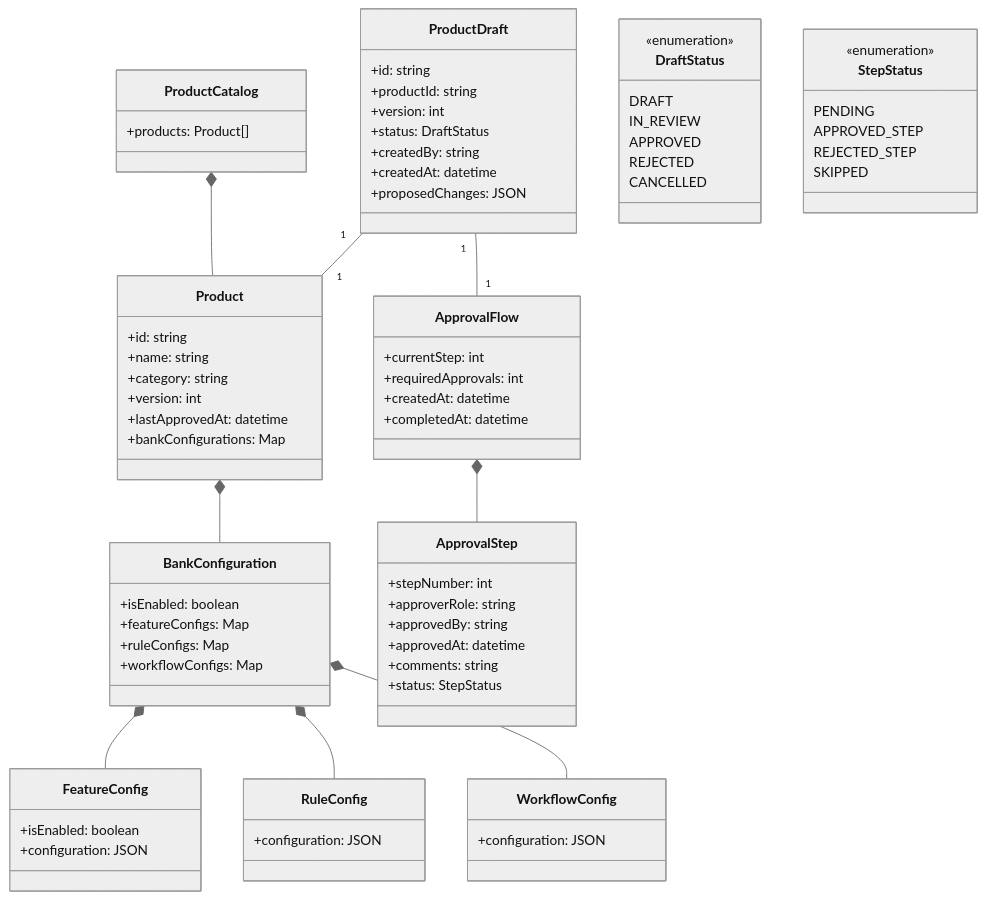
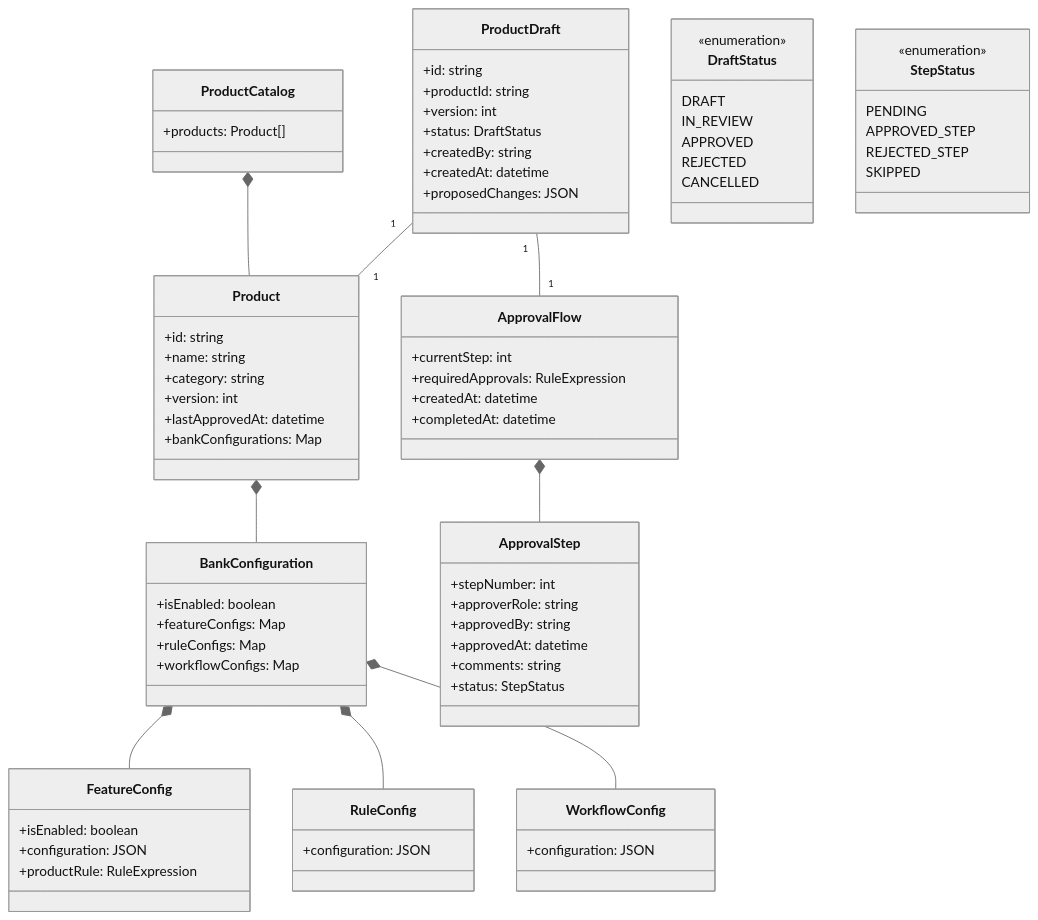
Before and after one commit to danielssonn/tres: the diagram in workflow/workflow-simpl.mermaid, drawn with Mermaid (neutral theme).

```diff
--- a/workflow/workflow-simpl.mermaid
+++ b/workflow/workflow-simpl.mermaid
@@ -1,90 +1,91 @@
 classDiagram
     %% Live Catalog (only approved versions)
     ProductCatalog *-- Product
     Product *-- BankConfiguration
     BankConfiguration *-- FeatureConfig
     BankConfiguration *-- RuleConfig
     BankConfiguration *-- WorkflowConfig
 
     %% Change Management (separate)
     ProductDraft "1" -- "1" Product
     ProductDraft "1" -- "1" ApprovalFlow
     ApprovalFlow *-- ApprovalStep
 
     class ProductCatalog {
         +products: Product[]
     }
 
     class Product {
         +id: string
         +name: string
         +category: string
         +version: int
         +lastApprovedAt: datetime
         +bankConfigurations: Map<BankId, BankConfiguration>
     }
 
     class BankConfiguration {
         +isEnabled: boolean
         +featureConfigs: Map<FeatureId, FeatureConfig>
         +ruleConfigs: Map<RuleId, RuleConfig>
         +workflowConfigs: Map<WorkflowId, WorkflowConfig>
     }
 
     class FeatureConfig {
         +isEnabled: boolean
         +configuration: JSON
+        +productRule: RuleExpression
     }
 
     class RuleConfig {
         +configuration: JSON
     }
 
     class WorkflowConfig {
         +configuration: JSON
     }
 
     class ProductDraft {
         +id: string
         +productId: string
         +version: int
         +status: DraftStatus
         +createdBy: string
         +createdAt: datetime
         +proposedChanges: JSON
     }
 
     class ApprovalFlow {
         +currentStep: int
-        +requiredApprovals: int
+        +requiredApprovals: RuleExpression
         +createdAt: datetime
         +completedAt: datetime
     }
 
     class ApprovalStep {
         +stepNumber: int
         +approverRole: string
         +approvedBy: string
         +approvedAt: datetime
         +comments: string
         +status: StepStatus
     }
 
     class DraftStatus {
         <<enumeration>>
         DRAFT
         IN_REVIEW
         APPROVED
         REJECTED
         CANCELLED
     }
 
     class StepStatus {
         <<enumeration>>
         PENDING
         APPROVED_STEP
         REJECTED_STEP
         SKIPPED
     }
 
 Sent from my iPhone
```
